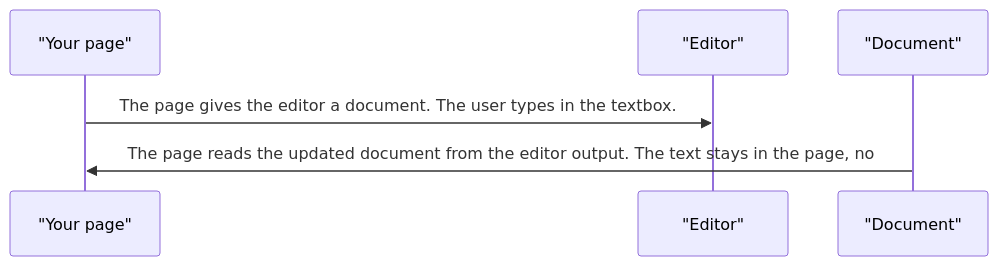
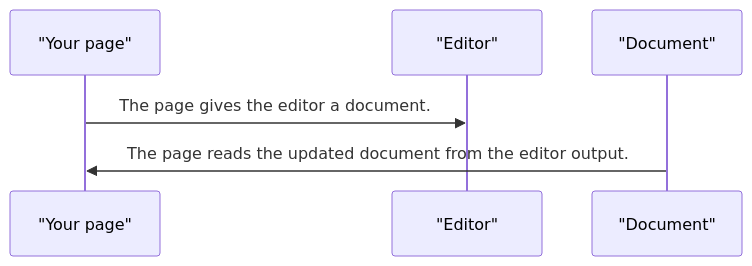
Before and after one commit to RajshekharBorate/pixel-ui: the second of 3 diagrams in projects/pixel-ui/src/lib/pixel-editor/DESIGN.md, drawn with Mermaid. The commit also changed other lines of this file and 80 other files, not shown here.

Commit message:
Fill missing design flows and correct the stories that did not match component behavior.

````diff
--- a/projects/pixel-ui/src/lib/pixel-editor/DESIGN.md
+++ b/projects/pixel-ui/src/lib/pixel-editor/DESIGN.md
@@ -46,8 +46,8 @@
 ```mermaid
 sequenceDiagram
   participant page as "Your page"
   participant editor as "Editor"
   participant doc as "Document"
-  page->>editor: The page gives the editor a document. The user types in the textbox.
-  doc->>page: The page reads the updated document from the editor output. The text stays in the page, no
+  page->>editor: The page gives the editor a document.
+  doc->>page: The page reads the updated document from the editor output.
 ```
````
